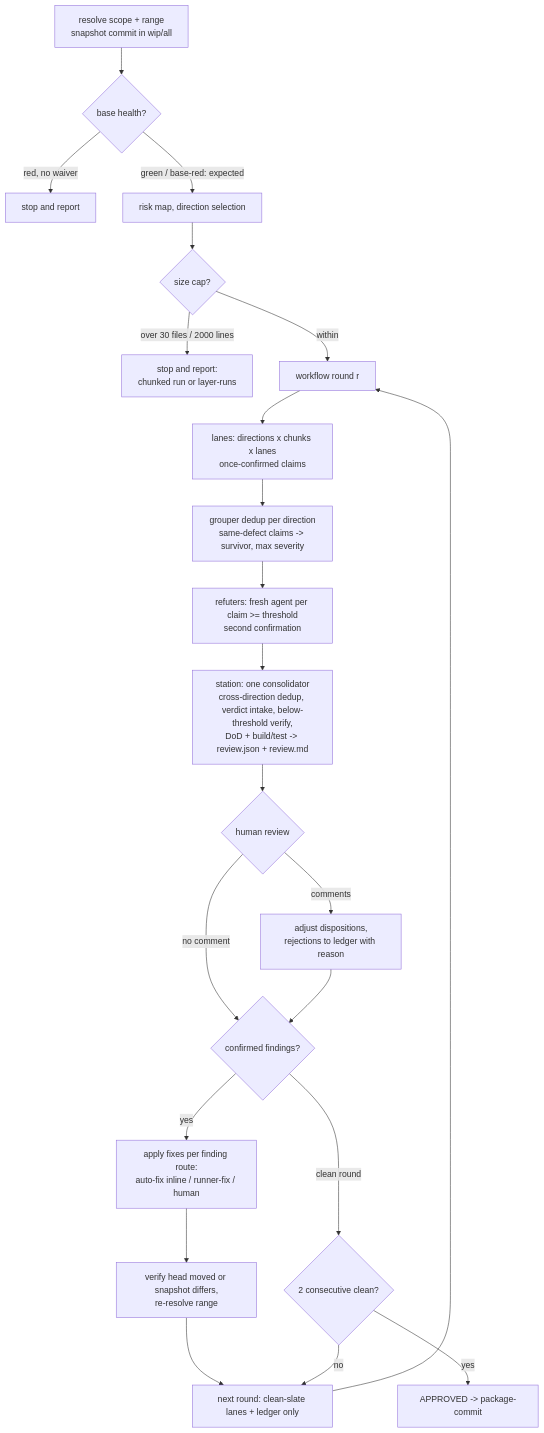
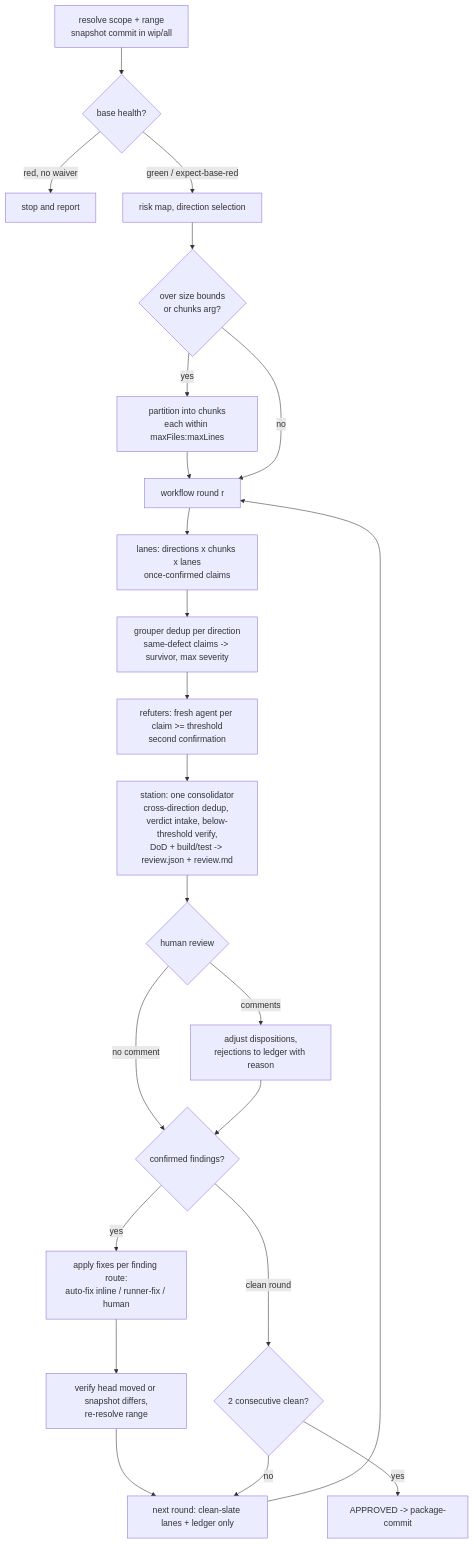
The diagram in skills/quality/railroad-review/SKILL.md (kevinhorst/smine), drawn with Mermaid before and after one commit. The commit also changed other lines of this file and 2 other files, not shown here.

Commit message:
skills.quality.railroad-review: v8.2 — directions override, bracketed args, auto-chunking instead of size cap, DoD set via markers, probe artifact contract

````diff
--- a/skills/quality/railroad-review/SKILL.md
+++ b/skills/quality/railroad-review/SKILL.md
@@ -188,24 +189,25 @@
 ```mermaid
 flowchart TD
     G[resolve scope + range<br>snapshot commit in wip/all] --> BH{base health?}
     BH -- red, no waiver --> STOP1[stop and report]
-    BH -- green / base-red: expected --> RM[risk map, direction selection]
-    RM --> SC{size cap?}
-    SC -- over 30 files / 2000 lines --> STOP2[stop and report:<br>chunked run or layer-runs]
-    SC -- within --> WF[workflow round r]
+    BH -- green / expect-base-red --> RM[risk map, direction selection]
+    RM --> SC{over size bounds<br>or chunks arg?}
+    SC -- yes --> CH[partition into chunks<br>each within maxFiles:maxLines]
+    CH --> WF[workflow round r]
+    SC -- no --> WF
     WF --> LN[lanes: directions x chunks x lanes<br>once-confirmed claims]
     LN --> DD[grouper dedup per direction<br>same-defect claims -> survivor, max severity]
     DD --> RF[refuters: fresh agent per claim >= threshold<br>second confirmation]
     RF --> SM[station: one consolidator<br>cross-direction dedup, verdict intake, below-threshold verify,<br>DoD + build/test -> review.json + review.md]
     SM --> HG{human review}
     HG -- comments --> ADH[adjust dispositions,<br>rejections to ledger with reason]
     HG -- no comment --> DEC
     ADH --> DEC{confirmed findings?}
     DEC -- yes --> FIX[apply fixes per finding route:<br>auto-fix inline / runner-fix / human]
     FIX --> VERIFY[verify head moved or snapshot differs,<br>re-resolve range]
     VERIFY --> NEXT[next round: clean-slate lanes + ledger only]
     DEC -- clean round --> CNT{2 consecutive clean?}
     CNT -- no --> NEXT
     NEXT --> WF
     CNT -- yes --> DONE[APPROVED -> package-commit]
 ```
````
